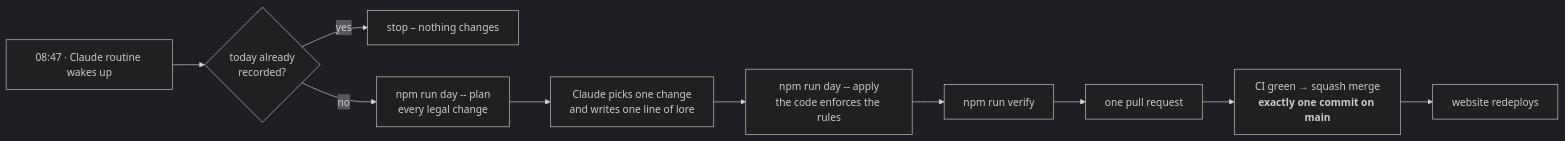
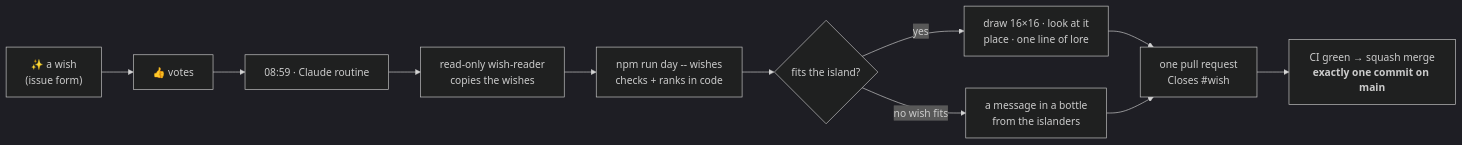
One commit to Fluory/wished-into-being changed the diagram in README.md. Above: the diagram before and after it, drawn with Mermaid (dark theme). The commit also changed other lines of this file and 35 other files, not shown here.

First line of the commit message:
Wish flow, routine, evals, docs and media

````diff
--- a/README.md
+++ b/README.md
@@ -29,12 +38,13 @@
 ```mermaid
 flowchart LR
-  A["08:47 · Claude routine wakes up"] --> B{"today already<br/>recorded?"}
-  B -- yes --> Z["stop – nothing changes"]
-  B -- no --> C["npm run day -- plan<br/>every legal change"]
-  C --> D["Claude picks one change<br/>and writes one line of lore"]
-  D --> E["npm run day -- apply<br/>the code enforces the rules"]
-  E --> F["npm run verify"]
-  F --> G["one pull request"]
-  G --> H["CI green → squash merge<br/><b>exactly one commit on main</b>"]
-  H --> I["website redeploys"]
+  A["✨ a wish<br/>(issue form)"] --> B["👍 votes"]
+  B --> C["08:59 · Claude routine"]
+  C --> D["read-only wish-reader<br/>copies the wishes"]
+  D --> E["npm run day -- wishes<br/>checks + ranks in code"]
+  E --> F{"fits the island?"}
+  F -- yes --> G["draw 16×16 · look at it<br/>place · one line of lore"]
+  F -- "no wish fits" --> H["a message in a bottle<br/>from the islanders"]
+  G --> I["one pull request<br/>Closes #wish"]
+  H --> I
+  I --> J["CI green → squash merge<br/><b>exactly one commit on main</b>"]
 ```
````
